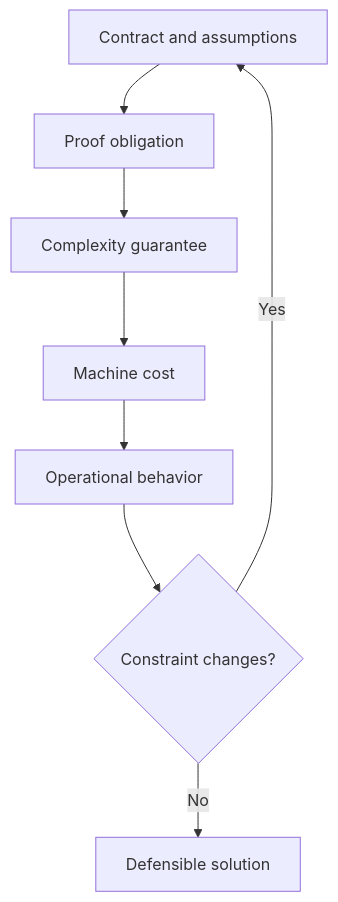
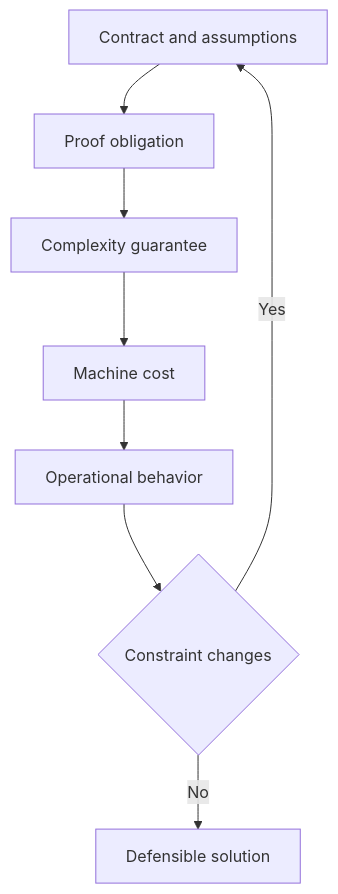
One commit to vinayreddykalluri/SDE2-Interview-Handbook changed the first of 2 diagrams in docs/backend-interview/01-programming-problem-solving/advanced-review.md. Above: the diagram before and after it, drawn with Mermaid. The commit also changed other lines of this file and 21 other files, not shown here.

Commit message:
Add rendered diagrams and runnable coding examples

````diff
--- a/docs/backend-interview/01-programming-problem-solving/advanced-review.md
+++ b/docs/backend-interview/01-programming-problem-solving/advanced-review.md
@@ -10,10 +18,10 @@
 ```mermaid
 flowchart TD
-    C["Contract and assumptions"] --> P["Proof obligation"]
-    P --> G["Complexity guarantee"]
-    G --> M["Machine cost"]
-    M --> O["Operational behavior"]
-    O --> X{"Constraint changes?"}
+    C[Contract and assumptions] --> P[Proof obligation]
+    P --> G[Complexity guarantee]
+    G --> M[Machine cost]
+    M --> O[Operational behavior]
+    O --> X{Constraint changes}
     X -- Yes --> C
-    X -- No --> R["Defensible solution"]
+    X -- No --> R[Defensible solution]
 ```
````
